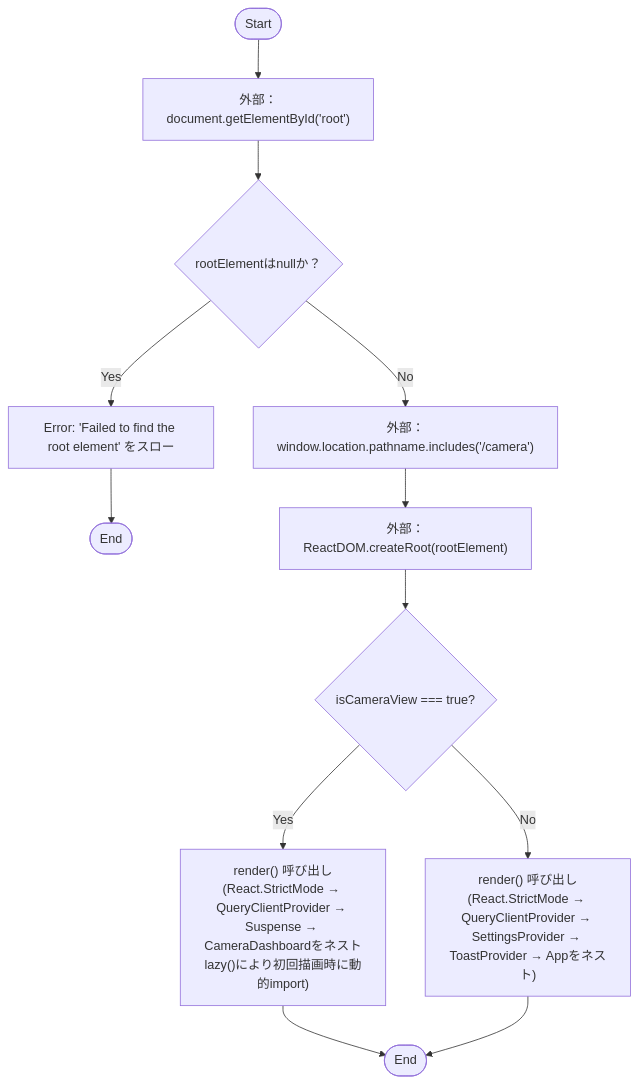
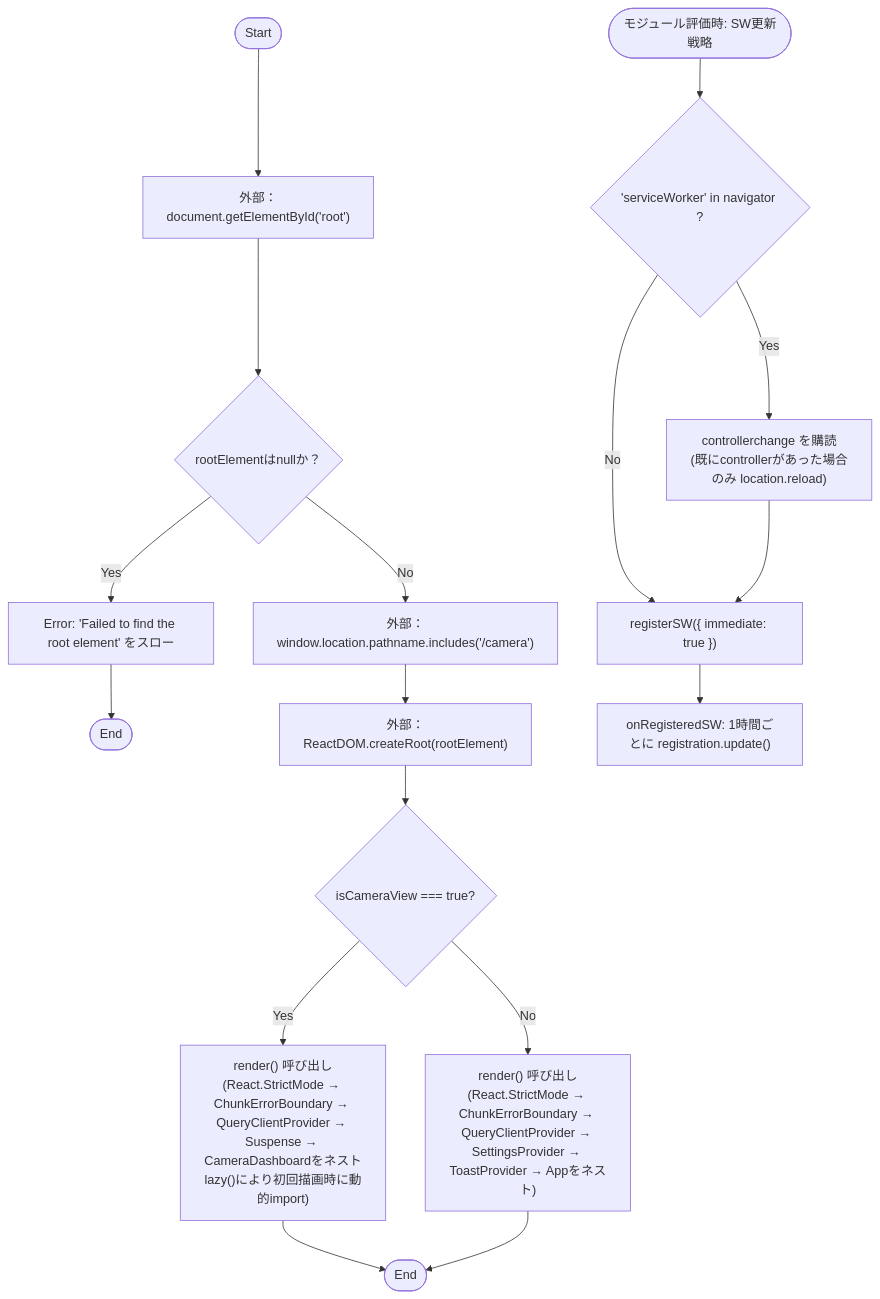
Before and after one commit to mmtigers/my_python_project: the first of 2 diagrams in docs/specifications/family-quest/main.md, drawn with Mermaid. The commit also changed other lines of this file and 211 other files, not shown here.

````diff
--- a/docs/specifications/family-quest/main.md
+++ b/docs/specifications/family-quest/main.md
@@ -59,15 +73,21 @@
 ```mermaid
 flowchart TD
     Start([Start]) --> GetElement["外部：document.getElementById('root')"]
     GetElement --> CheckNull{"rootElementはnullか？"}
     CheckNull -- Yes --> ThrowError["Error: 'Failed to find the root element' をスロー"]
     ThrowError --> EndError([End])
     CheckNull -- No --> CheckCamera["外部：window.location.pathname.includes('/camera')"]
     CheckCamera --> CreateRoot["外部：ReactDOM.createRoot(rootElement)"]
     CreateRoot --> IsCameraView{"isCameraView === true?"}
-    IsCameraView -- Yes --> RenderCamera["render() 呼び出し<br>(React.StrictMode → QueryClientProvider → Suspense → CameraDashboardをネスト<br>lazy()により初回描画時に動的import)"]
-    IsCameraView -- No --> RenderApp["render() 呼び出し<br>(React.StrictMode → QueryClientProvider → SettingsProvider → ToastProvider → Appをネスト)"]
+    IsCameraView -- Yes --> RenderCamera["render() 呼び出し<br>(React.StrictMode → ChunkErrorBoundary → QueryClientProvider → Suspense → CameraDashboardをネスト<br>lazy()により初回描画時に動的import)"]
+    IsCameraView -- No --> RenderApp["render() 呼び出し<br>(React.StrictMode → ChunkErrorBoundary → QueryClientProvider → SettingsProvider → ToastProvider → Appをネスト)"]
     RenderCamera --> End([End])
     RenderApp --> End
 
+    SWStart([モジュール評価時: SW更新戦略]) --> HasSW{"'serviceWorker' in navigator ?"}
+    HasSW -- Yes --> Listen["controllerchange を購読<br>(既にcontrollerがあった場合のみ location.reload)"]
+    HasSW -- No --> Register
+    Listen --> Register["registerSW({ immediate: true })"]
+    Register --> Interval["onRegisteredSW: 1時間ごとに registration.update()"]
+
 ```
````
